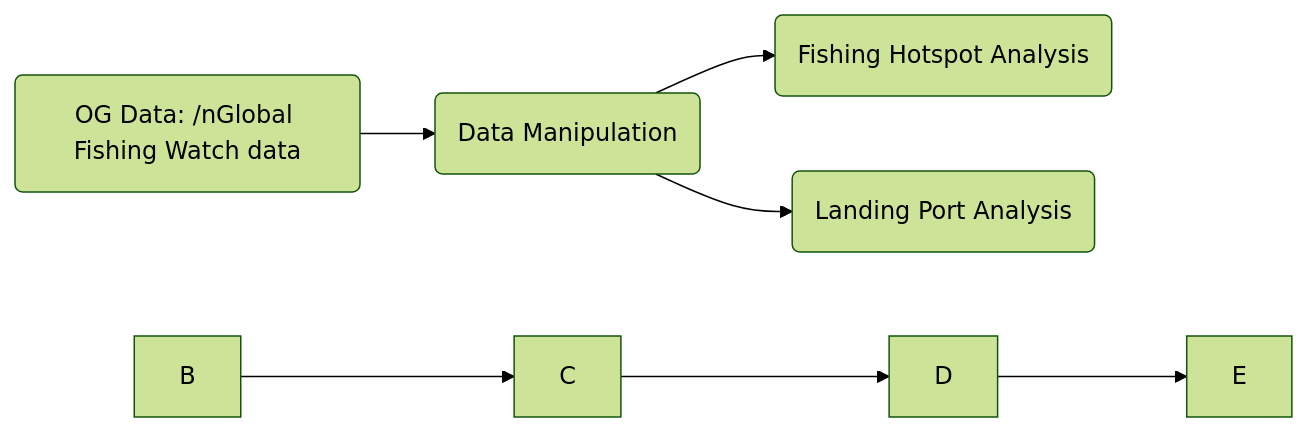
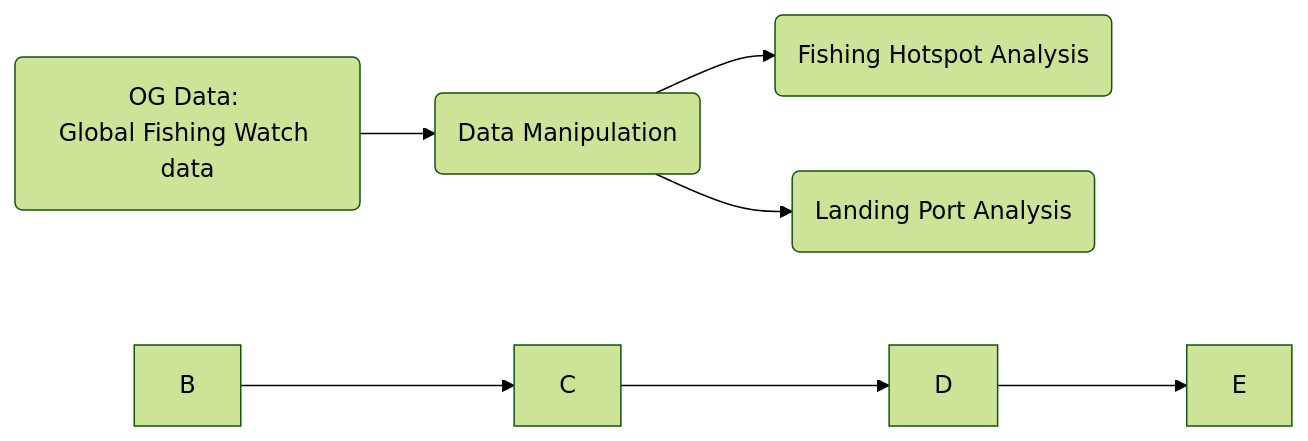
The diagram in mermaid_trial.md (cake-oh/supply-chain), drawn with Mermaid (forest theme) before and after one commit.

````diff
--- a/mermaid_trial.md
+++ b/mermaid_trial.md
@@ -4,12 +4,12 @@
 ``` mermaid
 flowchart LR 
 
-id1(OG Data: /nGlobal Fishing Watch data) --> id2(Data Manipulation)
+id1(OG Data: \nGlobal Fishing Watch data) --> id2(Data Manipulation)
 id2(Data Manipulation) --> id3(Fishing Hotspot Analysis)
 id2(Data Manipulation) --> id4(Landing Port Analysis)
     B-->C
     C-->D
     D-->E
 
 
 ```
````
